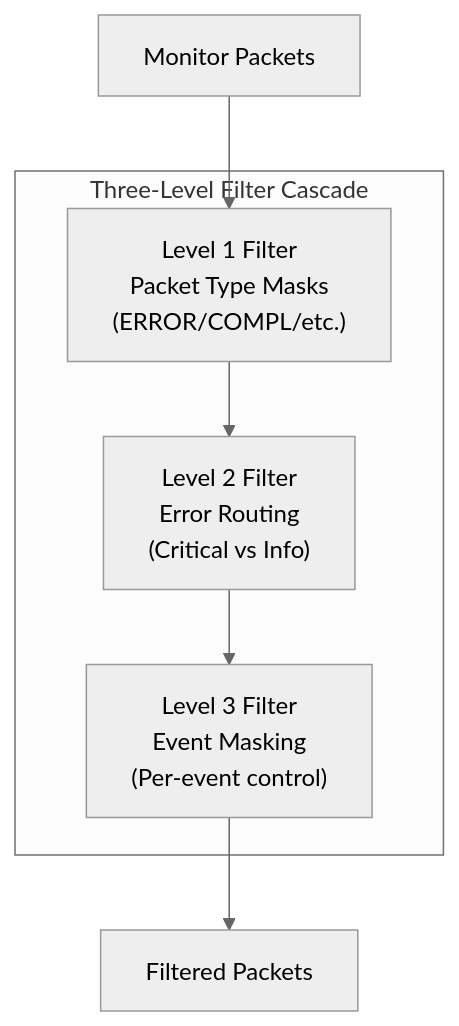
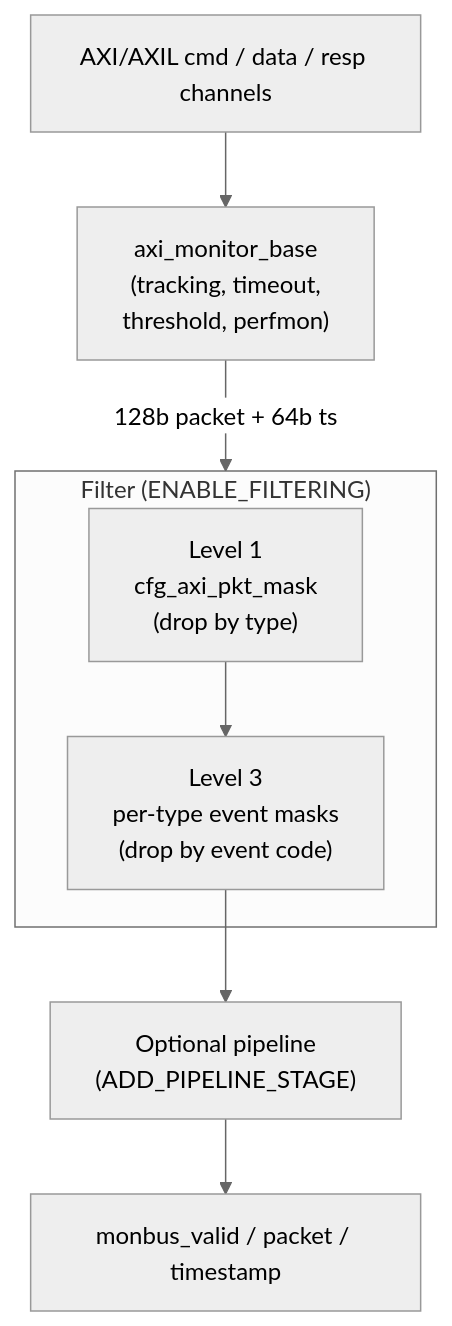
The diagram in docs/markdown/RTLAmba/shared/axi_monitor_filtered.md (sean-galloway/RTLDesignSherpa), drawn with Mermaid (neutral theme) before and after one commit. The commit also changed other lines of this file and 40 other files, not shown here.

````diff
--- a/docs/markdown/RTLAmba/shared/axi_monitor_filtered.md
+++ b/docs/markdown/RTLAmba/shared/axi_monitor_filtered.md
@@ -154,10 +189,11 @@
 ```mermaid
 flowchart TB
-    in["Monitor Packets"] --> l1
-    subgraph Cascade["Three-Level Filter Cascade"]
-        l1["Level 1 Filter<br/>Packet Type Masks<br/>(ERROR/COMPL/etc.)"]
-        l1 --> l2["Level 2 Filter<br/>Error Routing<br/>(Critical vs Info)"]
-        l2 --> l3["Level 3 Filter<br/>Event Masking<br/>(Per-event control)"]
+    ch["AXI/AXIL cmd / data / resp channels"] --> base["axi_monitor_base<br/>(tracking, timeout,<br/>threshold, perfmon)"]
+    base -->|"128b packet + 64b ts"| filt
+    subgraph filt["Filter (ENABLE_FILTERING)"]
+        l1["Level 1<br/>cfg_axi_pkt_mask<br/>(drop by type)"]
+        l1 --> l3["Level 3<br/>per-type event masks<br/>(drop by event code)"]
     end
-    l3 --> out["Filtered Packets"]
+    l3 --> pipe["Optional pipeline<br/>(ADD_PIPELINE_STAGE)"]
+    pipe --> out["monbus_valid / packet / timestamp"]
 ```
````
